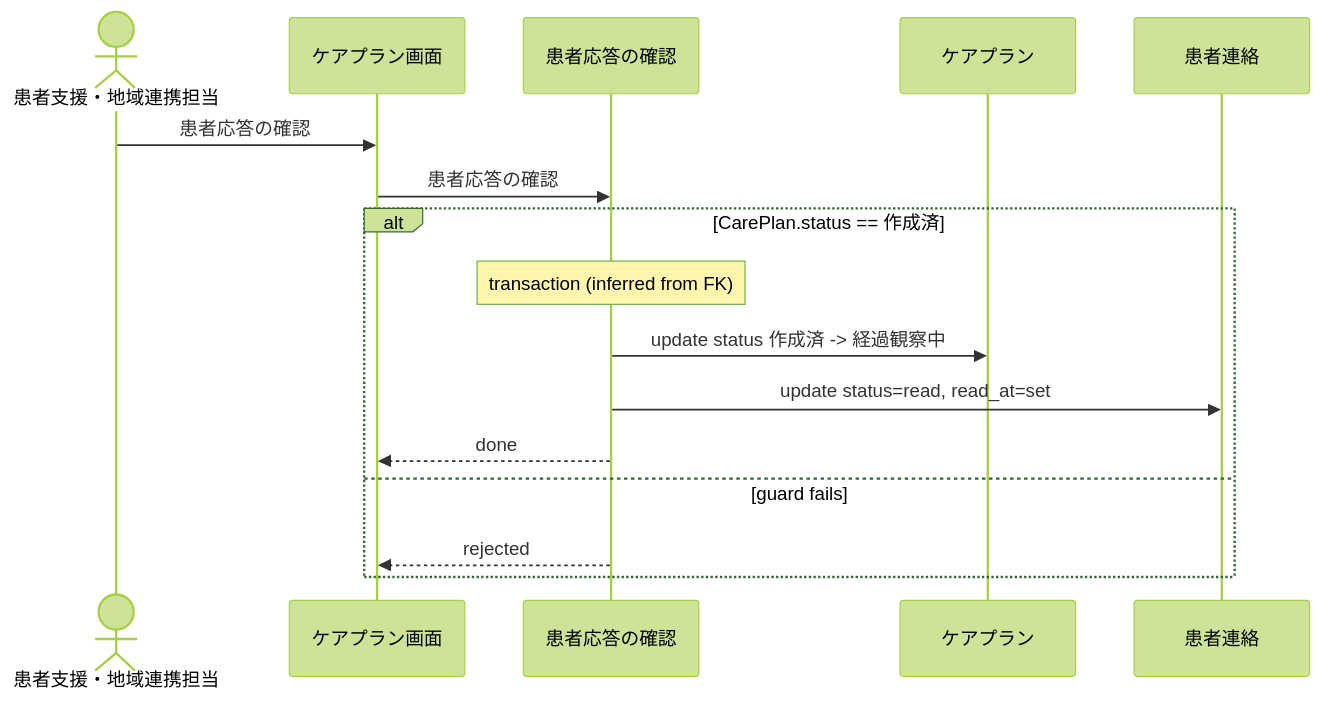
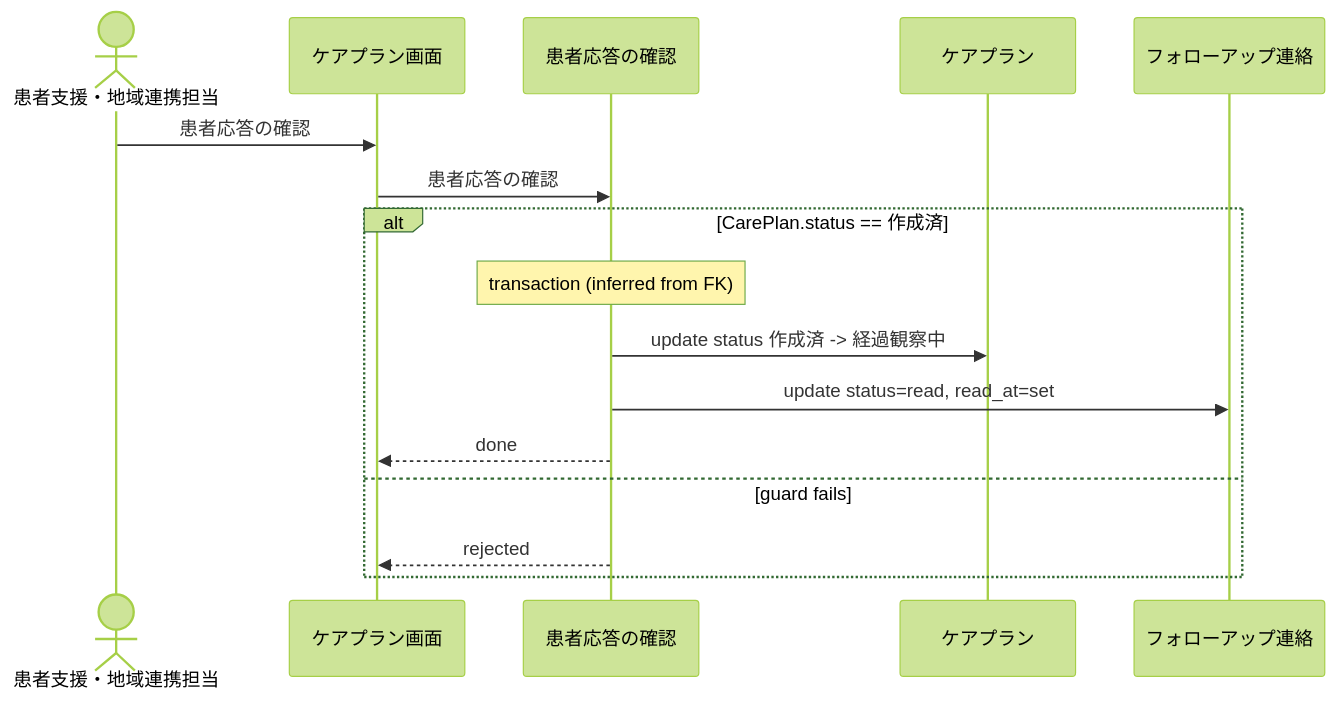
Before and after one commit to manji-0/rdra-ish-dsl: the diagram in samples/clinic-ops/out/uc/sequence_ReviewPatientResponse.mmd, drawn with Mermaid (forest theme). The commit also changed 19 other files, not shown here.

```diff
--- a/samples/clinic-ops/out/uc/sequence_ReviewPatientResponse.mmd
+++ b/samples/clinic-ops/out/uc/sequence_ReviewPatientResponse.mmd
@@ -1,19 +1,19 @@
 %% rdra-ish diagram=sequence scope=usecase:ReviewPatientResponse model=samples/clinic-ops
 %% kinds: actor screen usecase entity
 %% omitted: buc step medium permission
 sequenceDiagram
   actor actor__CareCoordinator as 患者支援・地域連携担当
   participant screen__CarePlanScreen as ケアプラン画面
   participant usecase__ReviewPatientResponse as 患者応答の確認
   participant entity__CarePlan as ケアプラン
-  participant entity__PatientMessage as 患者連絡
+  participant entity__FollowUpMessage as フォローアップ連絡
   actor__CareCoordinator ->> screen__CarePlanScreen: 患者応答の確認
   screen__CarePlanScreen ->> usecase__ReviewPatientResponse: 患者応答の確認
   alt CarePlan.status == 作成済
     Note over usecase__ReviewPatientResponse: transaction (inferred from FK)
     usecase__ReviewPatientResponse ->> entity__CarePlan: update status 作成済 -> 経過観察中
-    usecase__ReviewPatientResponse ->> entity__PatientMessage: update status=read, read_at=set
+    usecase__ReviewPatientResponse ->> entity__FollowUpMessage: update status=read, read_at=set
     usecase__ReviewPatientResponse -->> screen__CarePlanScreen: done
   else guard fails
     usecase__ReviewPatientResponse -->> screen__CarePlanScreen: rejected
   end
```
